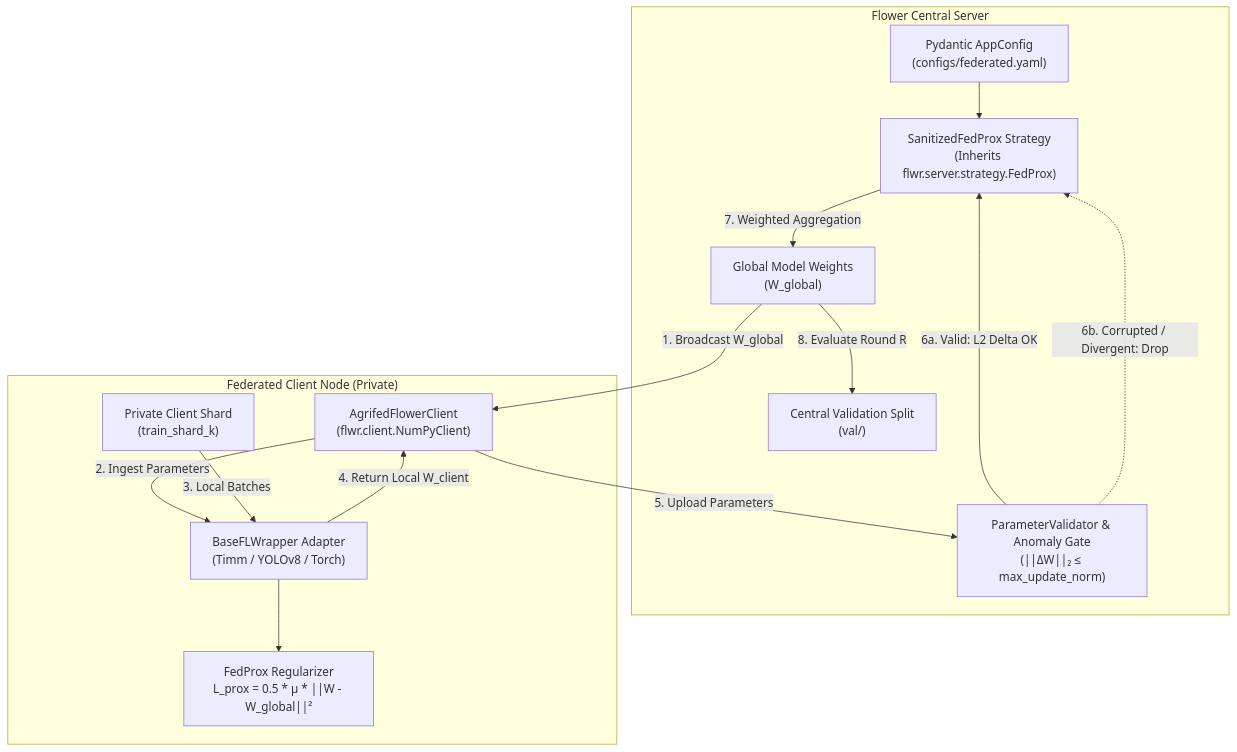
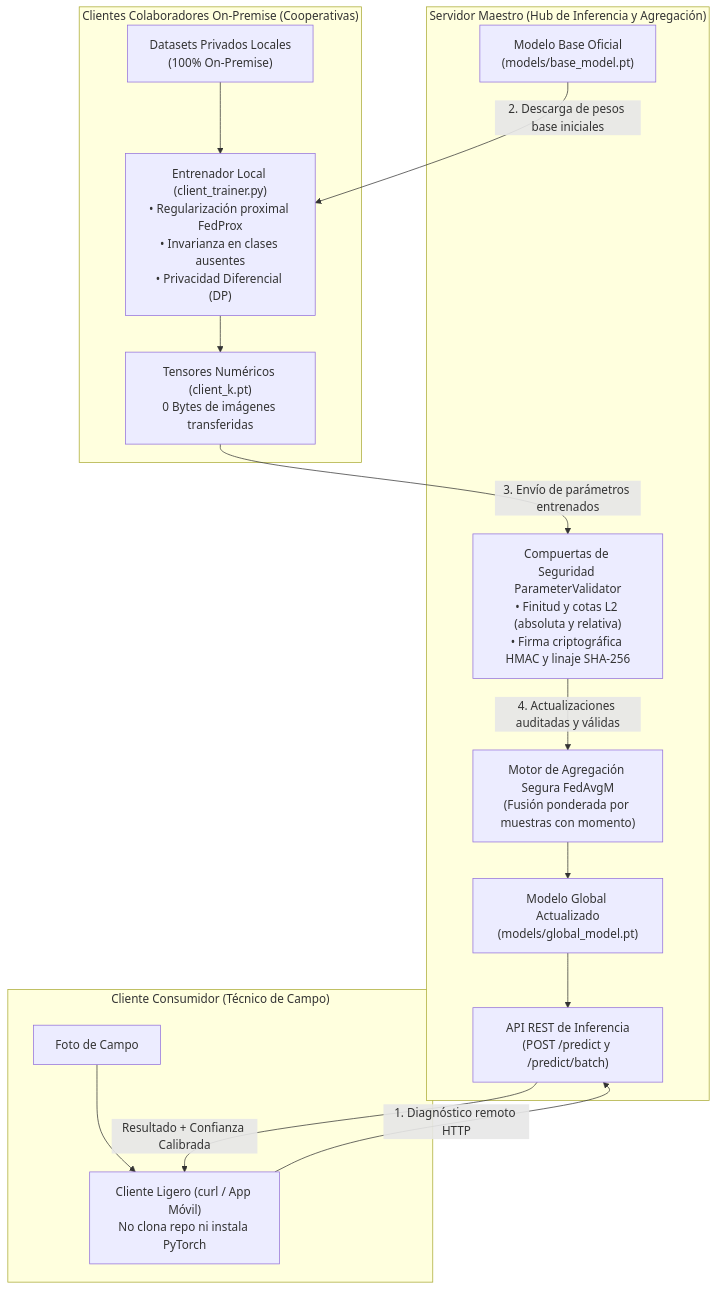
Before and after one commit to Diegodepab/AgriFed-khaos: the diagram in README.md, drawn with Mermaid. The commit also changed other lines of this file and 2 other files, not shown here.

Commit message:
docs: eliminate Spanglish and emojis, add bilingual READMEs and conceptual architecture map

````diff
--- a/README.md
+++ b/README.md
@@ -71,29 +44,34 @@
 ```mermaid
 flowchart TD
-    subgraph CentralServer["Flower Central Server"]
-        Config["Pydantic AppConfig\n(configs/federated.yaml)"]
-        Strategy["SanitizedFedProx Strategy\n(Inherits flwr.server.strategy.FedProx)"]
-        Gate["ParameterValidator & Anomaly Gate\n(||ΔW||₂ ≤ max_update_norm)"]
-        GlobalModel["Global Model Weights\n(W_global)"]
-        ValSet["Central Validation Split\n(val/)"]
+    subgraph ServidorMaestro ["Servidor Maestro (Hub de Inferencia y Agregación)"]
+        W_Base["Modelo Base Oficial\n(models/base_model.pt)"]
+        REST_API["API REST de Inferencia\n(POST /predict y /predict/batch)"]
+        Gate["Compuertas de Seguridad ParameterValidator\n• Finitud y cotas L2 (absoluta y relativa)\n• Firma criptográfica HMAC y linaje SHA-256"]
+        Aggregator["Motor de Agregación Segura FedAvgM\n(Fusión ponderada por muestras con momento)"]
+        W_Global["Modelo Global Actualizado\n(models/global_model.pt)"]
     end
 
-    subgraph ClientNode["Federated Client Node (Private)"]
-        NumPyClient["AgrifedFlowerClient\n(flwr.client.NumPyClient)"]
-        Wrapper["BaseFLWrapper Adapter\n(Timm / YOLOv8 / Torch)"]
-        ProxLoss["FedProx Regularizer\nL_prox = 0.5 * μ * ||W - W_global||²"]
-        TrainSet["Private Client Shard\n(train_shard_k)"]
+    subgraph ClienteConsumidor ["Cliente Consumidor (Técnico de Campo)"]
+        C1_Img["Foto de Campo"]
+        C1_App["Cliente Ligero (curl / App Móvil)\nNo clona repo ni instala PyTorch"]
     end
 
-    Config --> Strategy
-    GlobalModel -->|1. Broadcast W_global| NumPyClient
-    NumPyClient -->|2. Ingest Parameters| Wrapper
-    TrainSet -->|3. Local Batches| Wrapper
-    Wrapper --> ProxLoss
-    Wrapper -->|4. Return Local W_client| NumPyClient
-    NumPyClient -->|5. Upload Parameters| Gate
-    Gate -->|6a. Valid: L2 Delta OK| Strategy
-    Gate -.->|6b. Corrupted / Divergent: Drop| Strategy
-    Strategy -->|7. Weighted Aggregation| GlobalModel
-    GlobalModel -->|8. Evaluate Round R| ValSet
+    subgraph ClientesColaboradores ["Clientes Colaboradores On-Premise (Cooperativas)"]
+        CK_Data["Datasets Privados Locales\n(100% On-Premise)"]
+        CK_Train["Entrenador Local (client_trainer.py)\n• Regularización proximal FedProx\n• Invarianza en clases ausentes\n• Privacidad Diferencial (DP)"]
+        CK_Update["Tensores Numéricos (client_k.pt)\n0 Bytes de imágenes transferidas"]
+    end
+
+    C1_Img --> C1_App
+    C1_App -->|1. Diagnóstico remoto HTTP| REST_API
+    REST_API -->|Resultado + Confianza Calibrada| C1_App
+
+    W_Base -->|2. Descarga de pesos base iniciales| CK_Train
+    CK_Data --> CK_Train
+    CK_Train --> CK_Update
+    CK_Update -->|3. Envío de parámetros entrenados| Gate
+
+    Gate -->|4. Actualizaciones auditadas y válidas| Aggregator
+    Aggregator --> W_Global
+    W_Global --> REST_API
 ```
````
